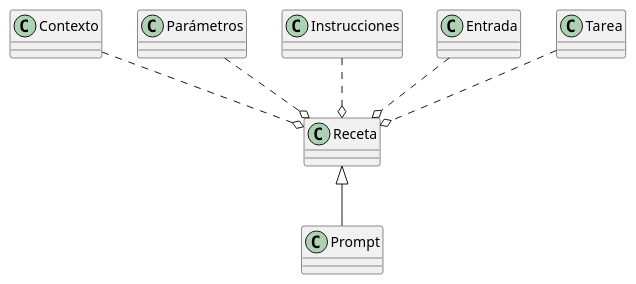
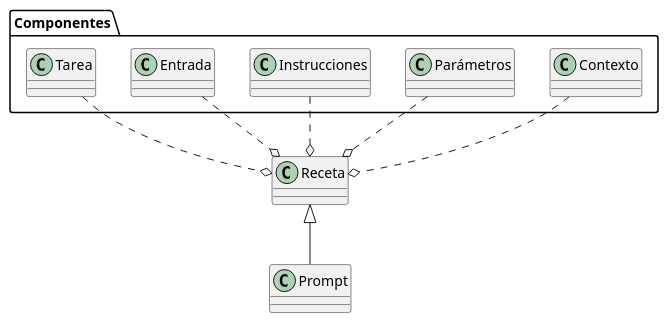
Before and after one commit to mmasias/ai-prompts: the diagram in modelosUML/promptRecetaComponentes.puml, drawn with PlantUML. The commit also changed other lines of this file and 2 other files, not shown here.

```diff
--- a/modelosUML/promptRecetaComponentes.puml
+++ b/modelosUML/promptRecetaComponentes.puml
@@ -1,8 +1,15 @@
+Prompt -u-|> Receta
 
-    Prompt -u-|> Receta
+package Componentes {
+    class Tarea
+    class Entrada
+    class Instrucciones
+    class Parámetros
+    class Entrada
 
     Receta o.u. Tarea
     Receta o.u. Entrada
     Receta o.u. Instrucciones
     Receta o.u. Parámetros
     Receta o.u. Contexto
+}
```
